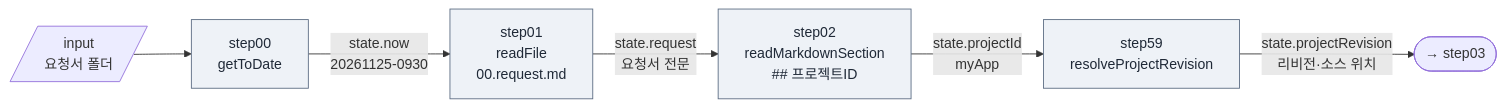
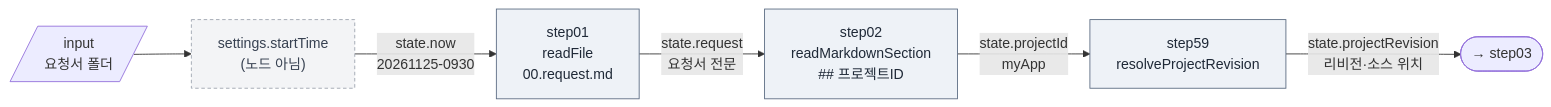
The fifth of 24 diagrams in docs/09.dstone-ai-engine-sm-workflow.md (YongSoekChoeng/dstone), drawn with Mermaid before and after one commit. The commit also changed other lines of this file and 26 other files, not shown here.

````diff
--- a/docs/09.dstone-ai-engine-sm-workflow.md
+++ b/docs/09.dstone-ai-engine-sm-workflow.md
@@ -413,9 +402,10 @@
 ```mermaid
 flowchart LR
-    IN[/"input<br/>요청서 폴더"/] --> step00["step00<br/>getToDate"]:::tool
-    step00 -->|"state.now<br/>20261125-0930"| step01["step01<br/>readFile<br/>00.request.md"]:::tool
+    IN[/"input<br/>요청서 폴더"/] --> ST["settings.startTime<br/>(노드 아님)"]:::eng
+    ST -->|"state.now<br/>20261125-0930"| step01["step01<br/>readFile<br/>00.request.md"]:::tool
     step01 -->|"state.request<br/>요청서 전문"| step02["step02<br/>readMarkdownSection<br/>## 프로젝트ID"]:::tool
     step02 -->|"state.projectId<br/>myApp"| step59["step59<br/>resolveProjectRevision"]:::tool
     step59 -->|"state.projectRevision<br/>리비전·소스 위치"| NEXT(["→ step03"])
     classDef tool fill:#eef2f7,stroke:#5b6b82,color:#1f2937
+    classDef eng fill:#f3f4f6,stroke:#9ca3af,color:#374151,stroke-dasharray: 4 3
 ```
````
